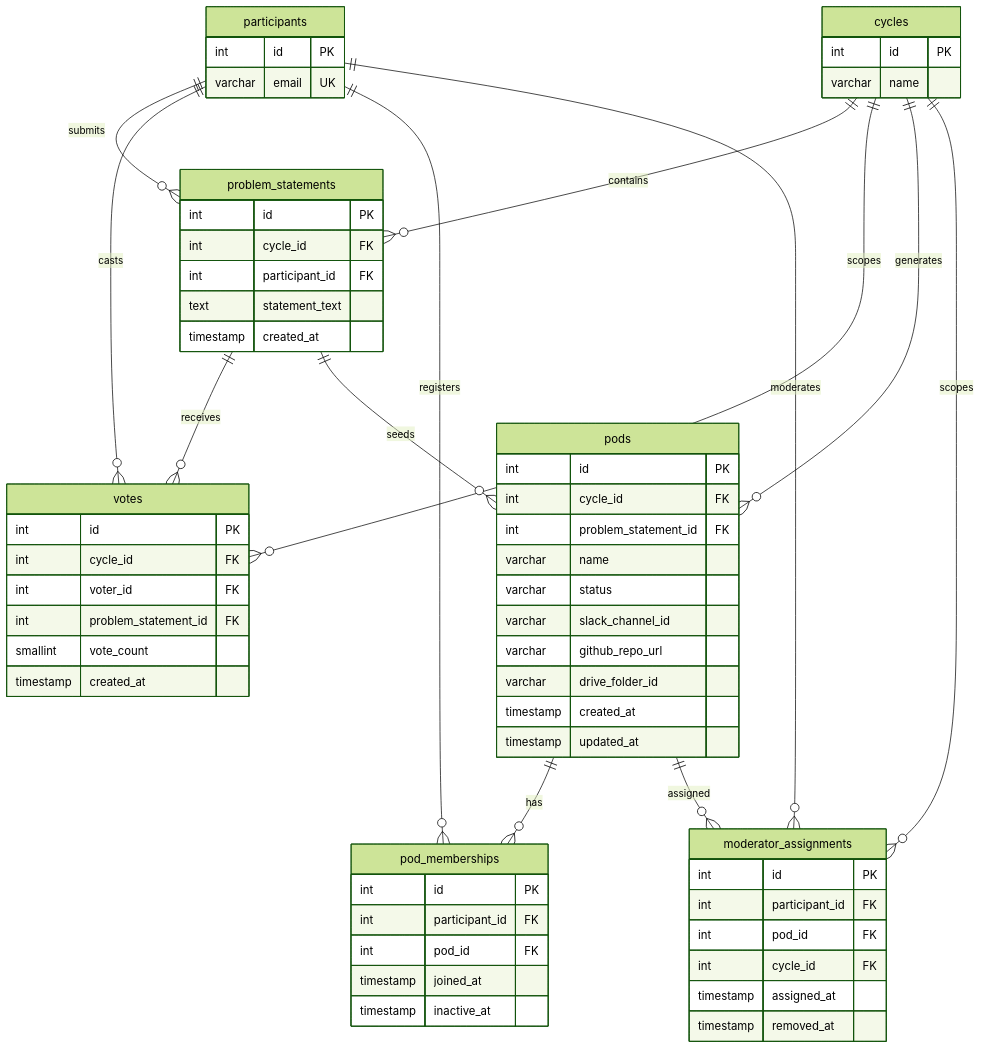
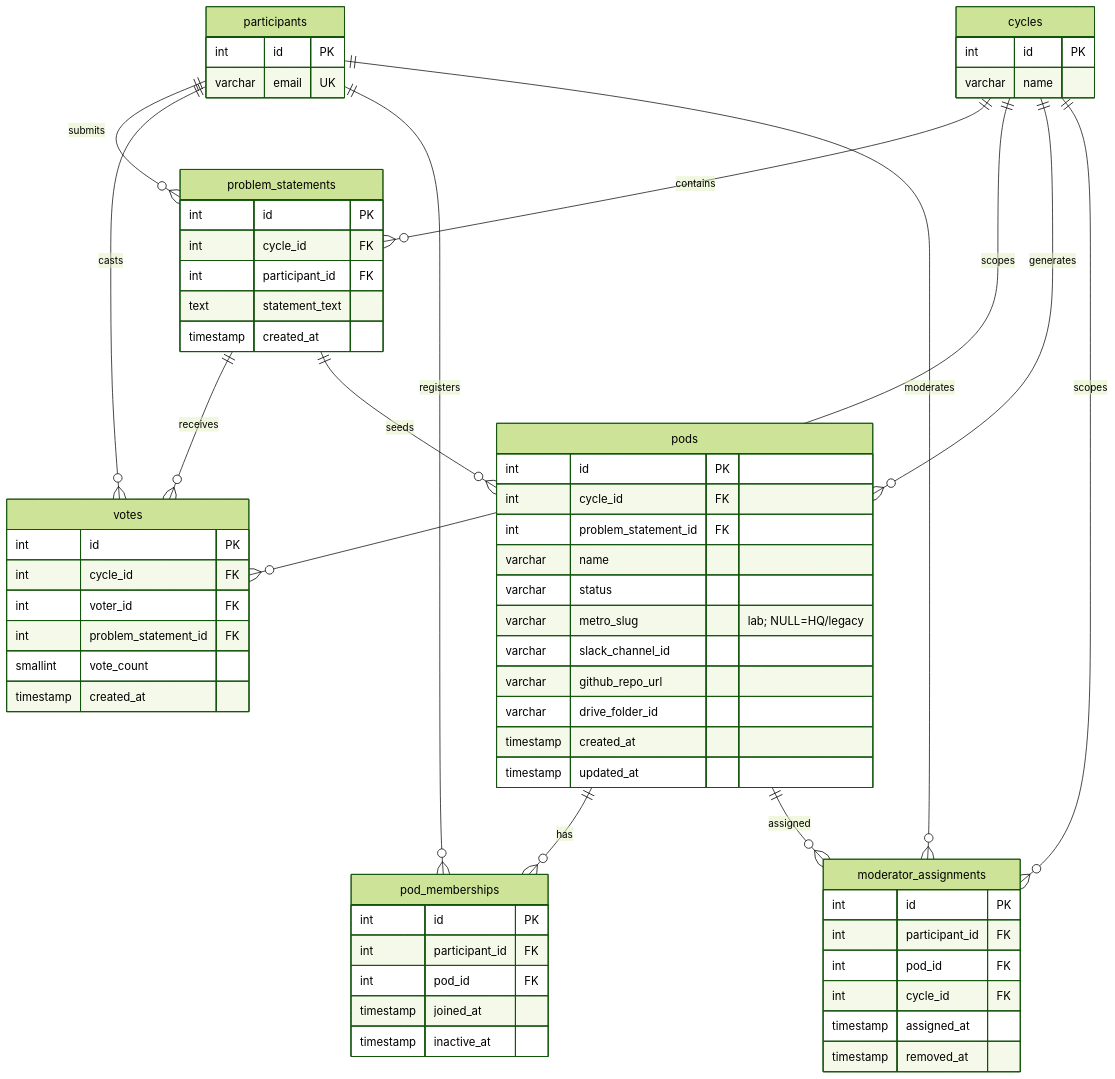
The fourth of 6 diagrams in SCHEMA.md (TheUpskillingLabs/OLOS), drawn with Mermaid (forest theme) before and after one commit. The commit also changed other lines of this file and 27 other files, not shown here.

````diff
--- a/SCHEMA.md
+++ b/SCHEMA.md
@@ -231,72 +233,73 @@
 ```mermaid
 erDiagram
     cycles {
         int id PK
         varchar name
     }
 
     participants {
         int id PK
         varchar email UK
     }
 
     problem_statements {
         int id PK
         int cycle_id FK
         int participant_id FK
         text statement_text
         timestamp created_at
     }
 
     votes {
         int id PK
         int cycle_id FK
         int voter_id FK
         int problem_statement_id FK
         smallint vote_count
         timestamp created_at
     }
 
     pods {
         int id PK
         int cycle_id FK
         int problem_statement_id FK
         varchar name
         varchar status
+        varchar metro_slug "lab; NULL=HQ/legacy"
         varchar slack_channel_id
         varchar github_repo_url
         varchar drive_folder_id
         timestamp created_at
         timestamp updated_at
     }
 
     pod_memberships {
         int id PK
         int participant_id FK
         int pod_id FK
         timestamp joined_at
         timestamp inactive_at
     }
 
     moderator_assignments {
         int id PK
         int participant_id FK
         int pod_id FK
         int cycle_id FK
         timestamp assigned_at
         timestamp removed_at
     }
 
     cycles ||--o{ problem_statements : "contains"
     participants ||--o{ problem_statements : "submits"
     problem_statements ||--o{ votes : "receives"
     participants ||--o{ votes : "casts"
     cycles ||--o{ votes : "scopes"
     problem_statements ||--o{ pods : "seeds"
     cycles ||--o{ pods : "generates"
     pods ||--o{ pod_memberships : "has"
     participants ||--o{ pod_memberships : "registers"
     pods ||--o{ moderator_assignments : "assigned"
     participants ||--o{ moderator_assignments : "moderates"
     cycles ||--o{ moderator_assignments : "scopes"
 ```
````
